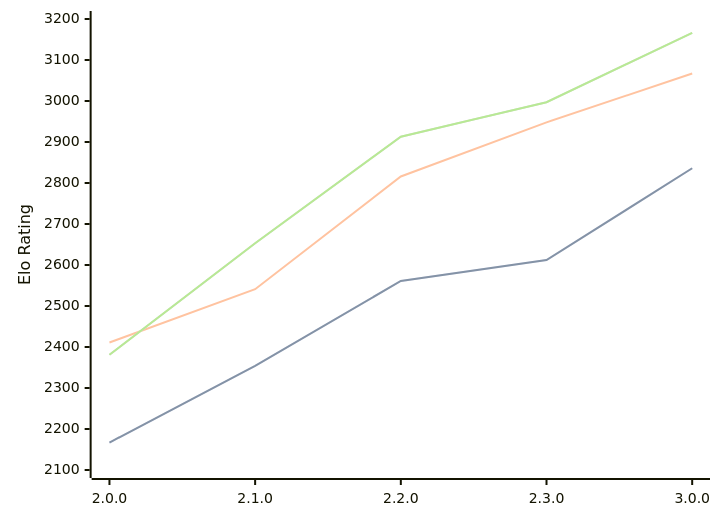
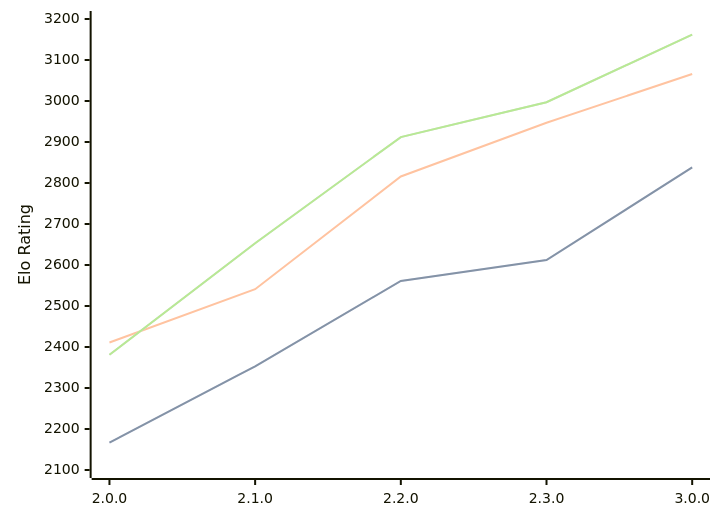
One commit to computer-chess-index/cci changed the diagram in engines/Raphael.md. Above: the diagram before and after it, drawn with Mermaid. The commit also changed other lines of this file, not shown here.

Commit message:
Update CCI Ratings (ELO VLTC) - 2026-02-14

````diff
--- a/engines/Raphael.md
+++ b/engines/Raphael.md
@@ -44,11 +44,11 @@
 ```mermaid
 %%{init: {"theme":"base","themeVariables":{"seriesColors:['#a3a3a3','#222221','#faa371']}}}%%
 xychart-beta
   x-axis ["2.0.0", "2.1.0", "2.2.0", "2.3.0", "3.0.0"]
   y-axis "Elo Rating" 2100 --> 3200
-  line "STC (8.0+0.08s)" [2167, 2354, 2561, 2612, 2836]
-  line "STC (8.0+0.08s)" [2167, 2354, 2561, 2612, 2836]
-  line "LTC (60.0+0.60s)" [2411, 2541, 2816, 2948, 3067]
-  line "VLTC (2m24s+1.12s)" [2381, 2653, 2913, 2997, 3166]
-  line "VLTC (2m24s+1.12s)" [2381, 2653, 2913, 2997, 3166]
+  line "STC (8.0+0.08s)" [2167, 2353, 2561, 2612, 2838]
+  line "STC (8.0+0.08s)" [2167, 2353, 2561, 2612, 2838]
+  line "LTC (60.0+0.60s)" [2411, 2541, 2816, 2947, 3066]
+  line "VLTC (2m24s+1.12s)" [2381, 2653, 2912, 2997, 3162]
+  line "VLTC (2m24s+1.12s)" [2381, 2653, 2912, 2997, 3162]
 ```
````
